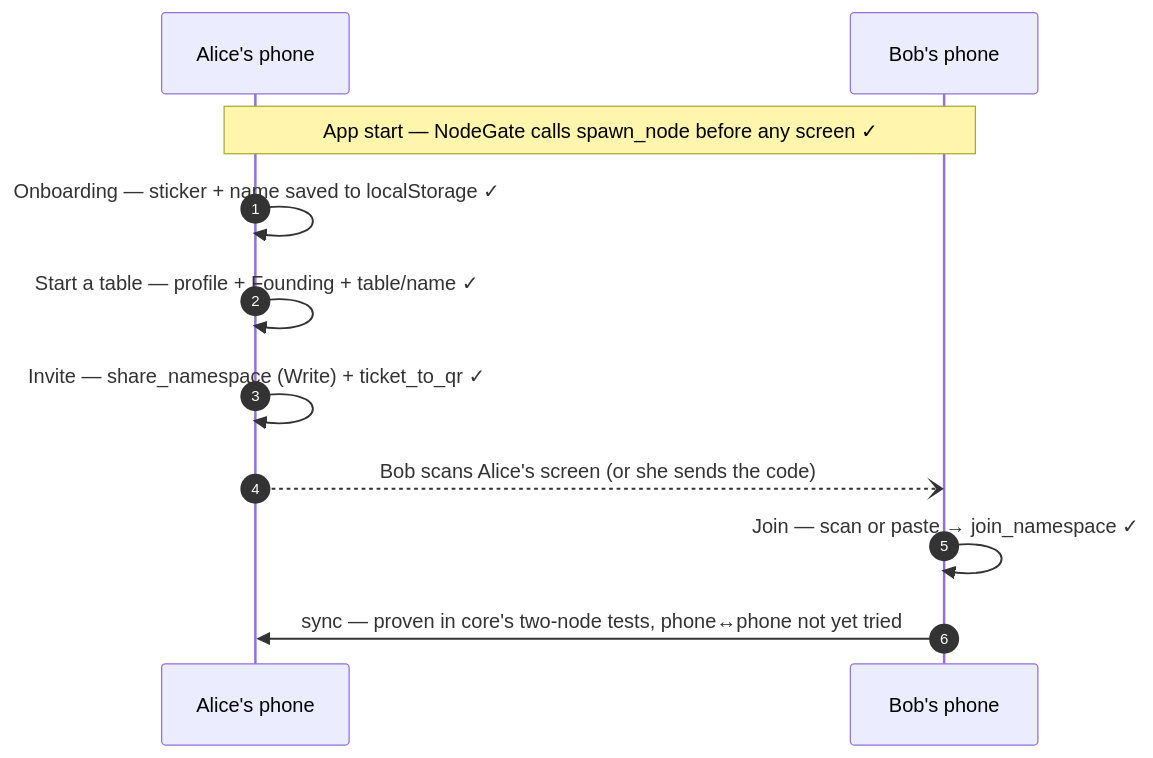
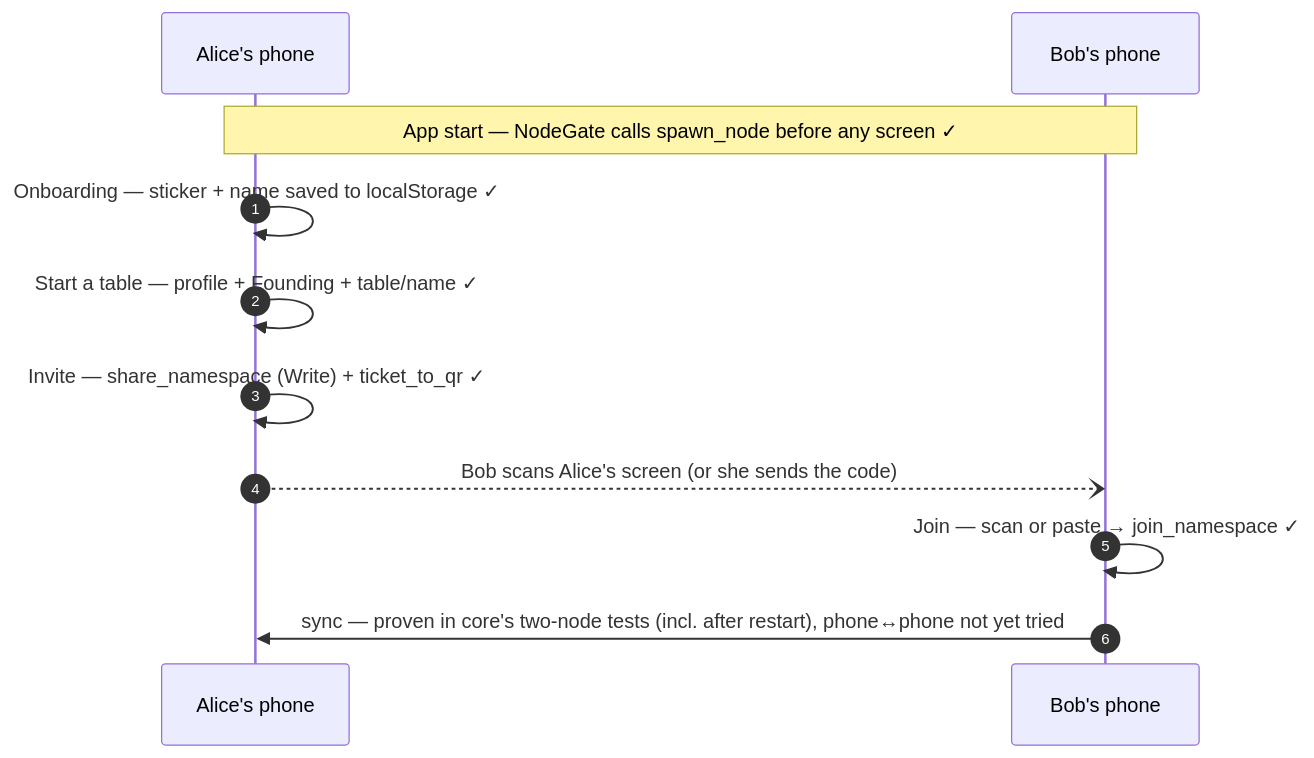
The second of 2 diagrams in crates/atproto-iroh-tauri/USER_FLOW.md (jedelman/atproto-iroh), drawn with Mermaid before and after one commit. The commit also changed other lines of this file and 19 other files, not shown here.

````diff
--- a/crates/atproto-iroh-tauri/USER_FLOW.md
+++ b/crates/atproto-iroh-tauri/USER_FLOW.md
@@ -66,14 +66,14 @@
 ```mermaid
 sequenceDiagram
   autonumber
   participant A as Alice's phone
   participant B as Bob's phone
 
   Note over A,B: App start — NodeGate calls spawn_node before any screen ✓
   A->>A: Onboarding — sticker + name saved to localStorage ✓
   A->>A: Start a table — profile + Founding + table/name ✓
   A->>A: Invite — share_namespace (Write) + ticket_to_qr ✓
   A--)B: Bob scans Alice's screen (or she sends the code)
   B->>B: Join — scan or paste → join_namespace ✓
-  B->>A: sync — proven in core's two-node tests, phone↔phone not yet tried
+  B->>A: sync — proven in core's two-node tests (incl. after restart), phone↔phone not yet tried
 ```
````
